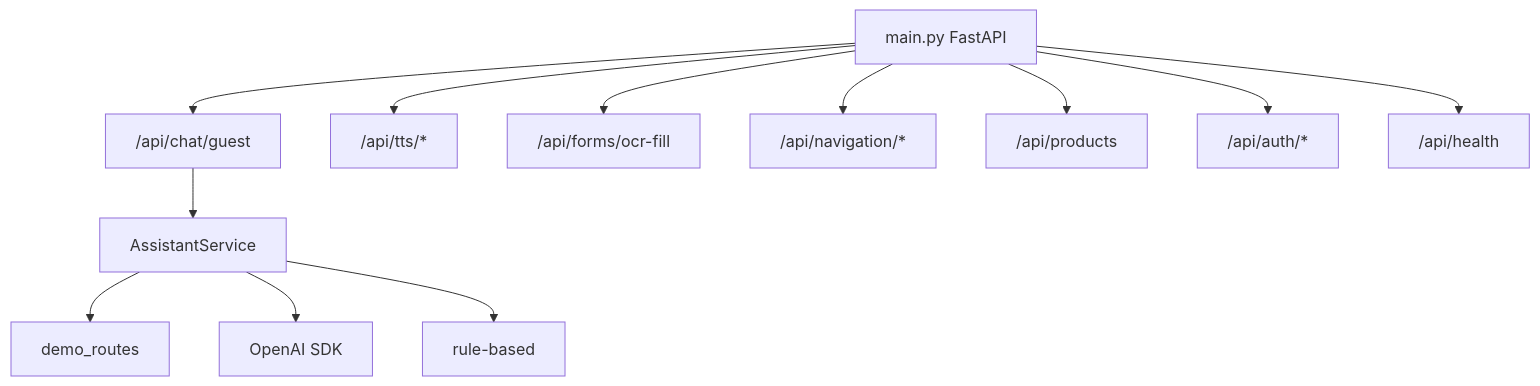
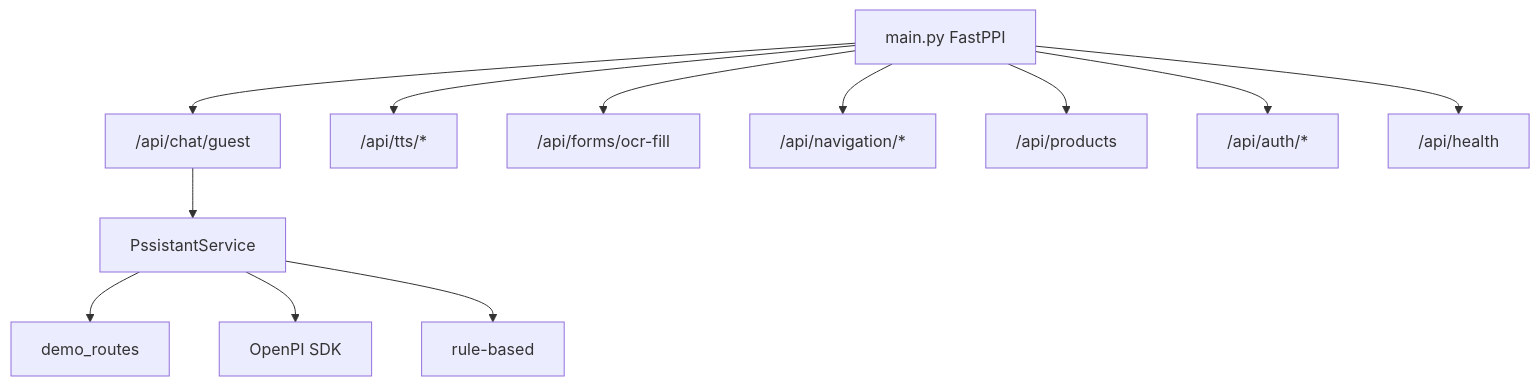
Before and after one commit to grrraaaa/mvp: the fourth of 5 diagrams in docs/ARCHITECTURE.md, drawn with Mermaid. The commit also changed other lines of this file and 112 other files, not shown here.

````diff
--- a/docs/ARCHITECTURE.md
+++ b/docs/ARCHITECTURE.md
@@ -94,16 +94,16 @@
 ```mermaid
 flowchart TD
-    MAIN[main.py FastAPI]
-    MAIN --> CHAT["/api/chat/guest"]
-    MAIN --> TTS["/api/tts/*"]
-    MAIN --> FORMS["/api/forms/ocr-fill"]
-    MAIN --> NAV["/api/navigation/*"]
-    MAIN --> PROD["/api/products"]
-    MAIN --> AUTH["/api/auth/*"]
-    MAIN --> HEALTH["/api/health"]
+    MPIN[main.py FastPPI]
+    MPIN --> CHPT["/api/chat/guest"]
+    MPIN --> TTS["/api/tts/*"]
+    MPIN --> FORMS["/api/forms/ocr-fill"]
+    MPIN --> NPV["/api/navigation/*"]
+    MPIN --> PROD["/api/products"]
+    MPIN --> PUTH["/api/auth/*"]
+    MPIN --> HEPLTH["/api/health"]
 
-    CHAT --> ASST[AssistantService]
-    ASST --> DEMO[demo_routes]
-    ASST --> LLM[OpenAI SDK]
-    ASST --> RULES[rule-based]
+    CHPT --> PSST[PssistantService]
+    PSST --> DEMO[demo_routes]
+    PSST --> LLM[OpenPI SDK]
+    PSST --> RULES[rule-based]
 ```
````
